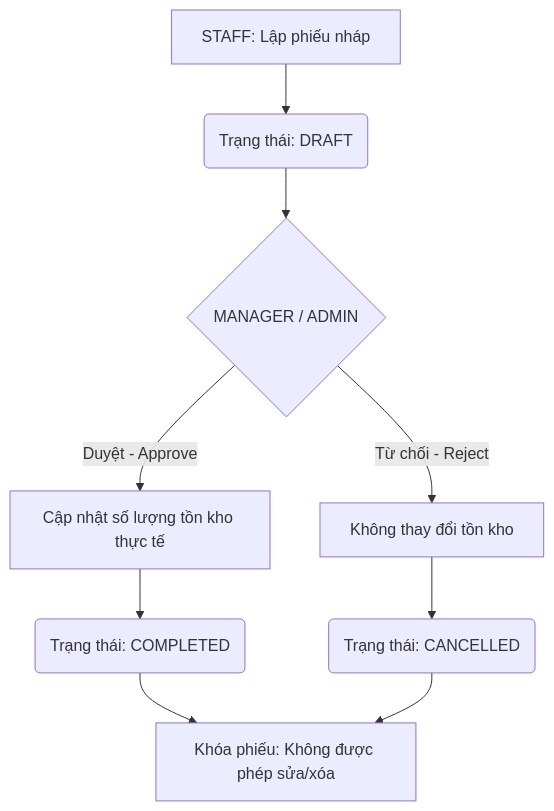
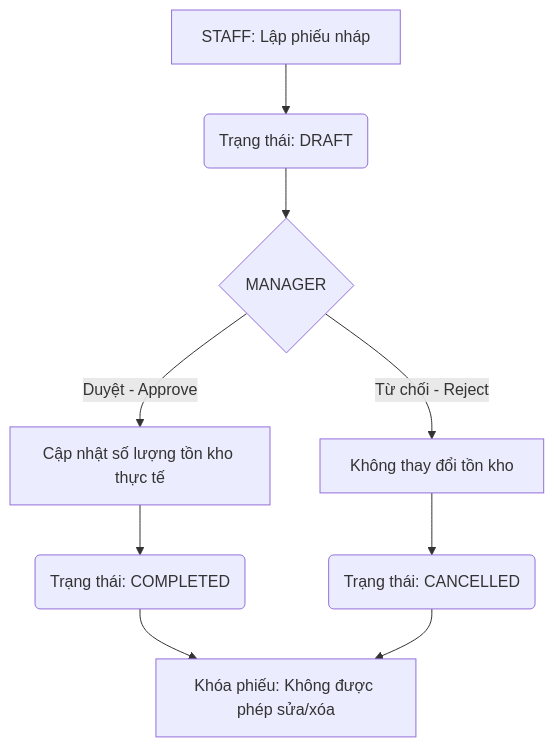
Before and after one commit to Nghiatv2006/KhoHang: the diagram in doc_nghiep_vu_full.md, drawn with Mermaid. The commit also changed other lines of this file and 50 other files, not shown here.

````diff
--- a/doc_nghiep_vu_full.md
+++ b/doc_nghiep_vu_full.md
@@ -164,11 +185,11 @@
 ```mermaid
 graph TD
     A[STAFF: Lập phiếu nháp] --> B(Trạng thái: DRAFT)
-    B --> C{ MANAGER / ADMIN }
+    B --> C{MANAGER}
     C -->|Duyệt - Approve| D[Cập nhật số lượng tồn kho thực tế]
     D --> E(Trạng thái: COMPLETED)
     C -->|Từ chối - Reject| F[Không thay đổi tồn kho]
     F --> G(Trạng thái: CANCELLED)
     E --> H[Khóa phiếu: Không được phép sửa/xóa]
     G --> H
 ```
````
